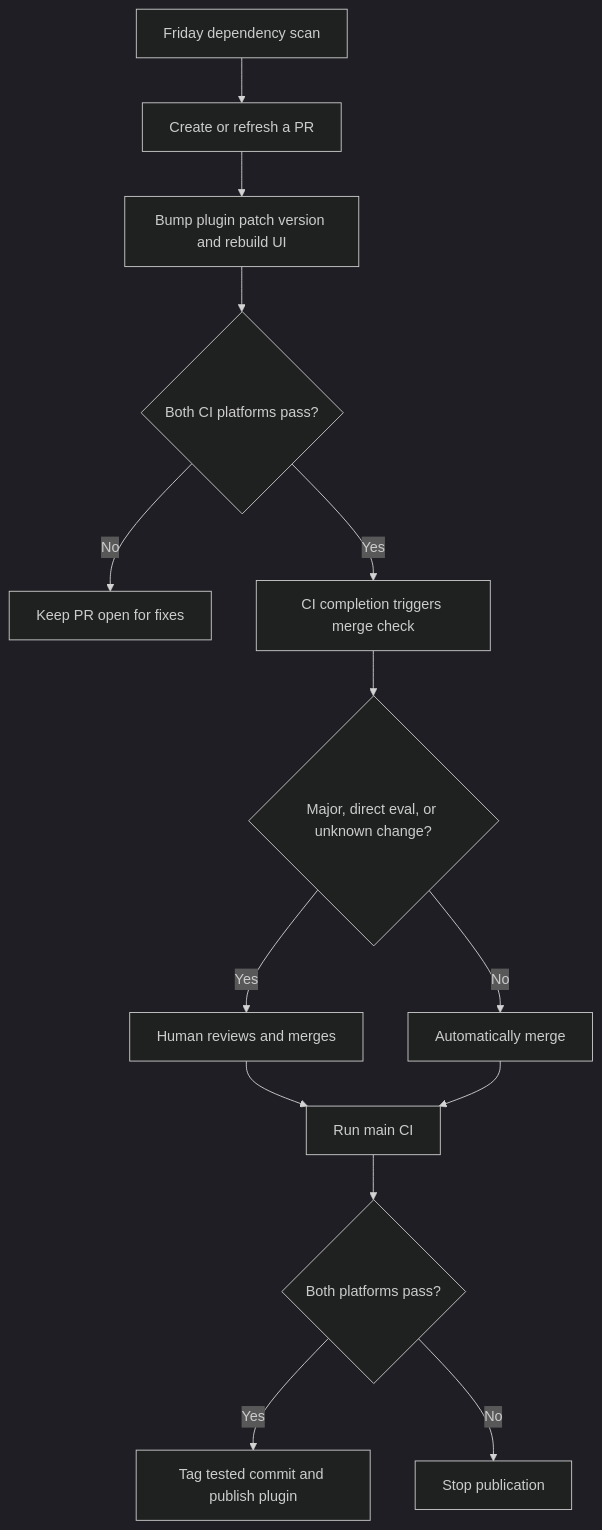
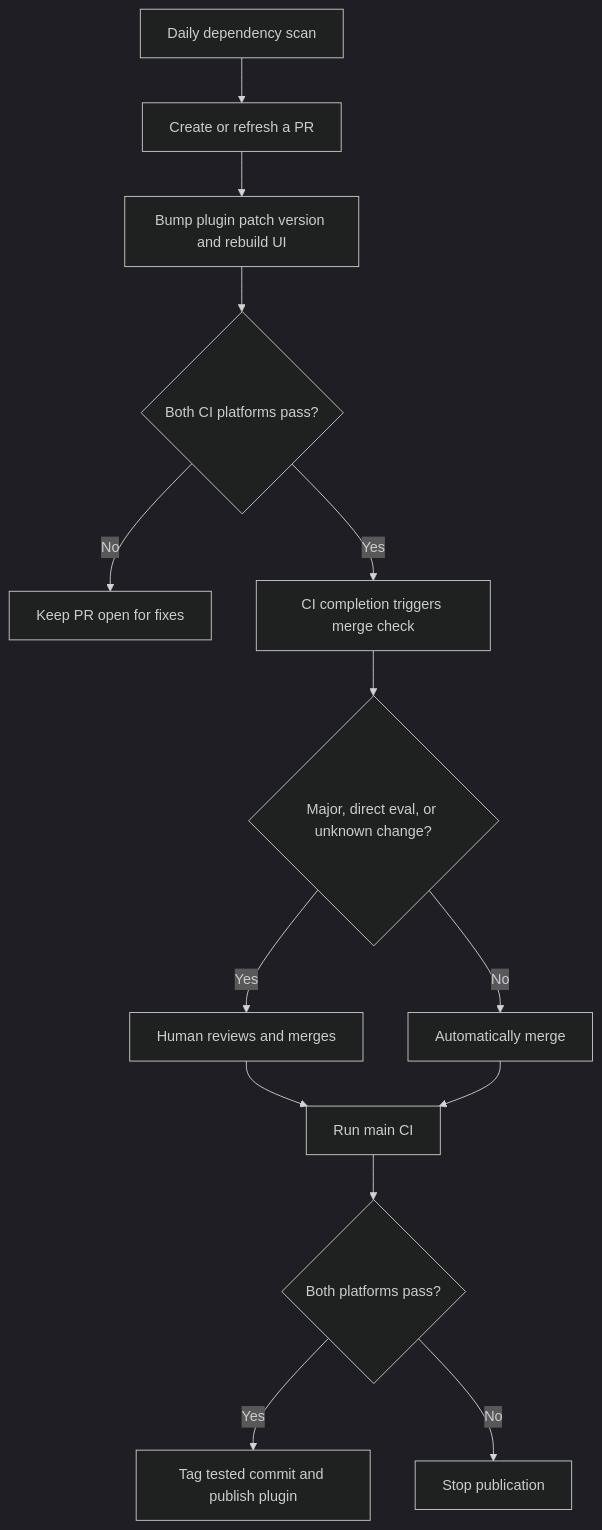
Before and after one commit to SamArgt/auto-bean: the diagram in docs/renovate.md, drawn with Mermaid (dark theme). The commit also changed other lines of this file and 11 other files, not shown here.

````diff
--- a/docs/renovate.md
+++ b/docs/renovate.md
@@ -11,16 +12,16 @@
 ```mermaid
 flowchart TD
-    A[Friday dependency scan] --> B[Create or refresh a PR]
+    A[Daily dependency scan] --> B[Create or refresh a PR]
     B --> C[Bump plugin patch version and rebuild UI]
     C --> D{Both CI platforms pass?}
     D -- No --> E[Keep PR open for fixes]
     D -- Yes --> M[CI completion triggers merge check]
     M --> F{Major, direct eval, or unknown change?}
     F -- Yes --> G[Human reviews and merges]
     F -- No --> H[Automatically merge]
     G --> I[Run main CI]
     H --> I
     I --> J{Both platforms pass?}
     J -- Yes --> K[Tag tested commit and publish plugin]
     J -- No --> L[Stop publication]
 ```
````
